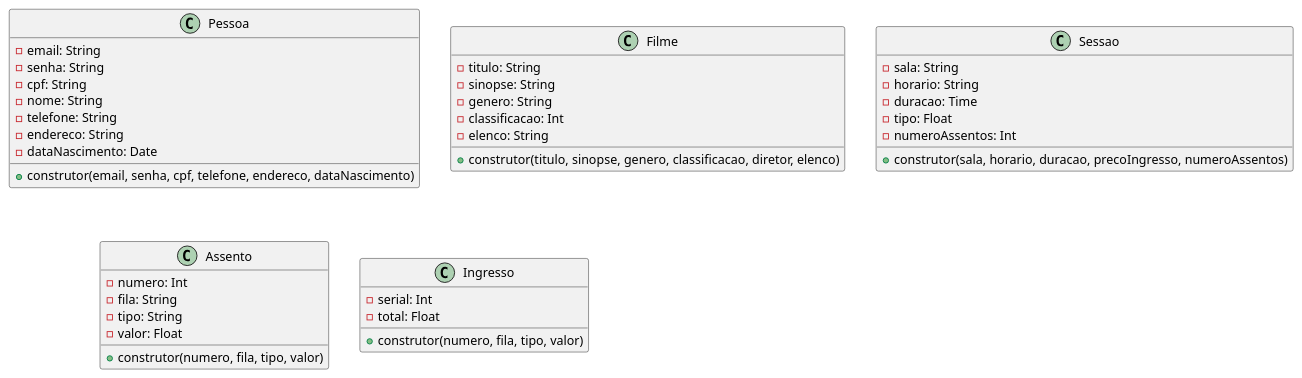
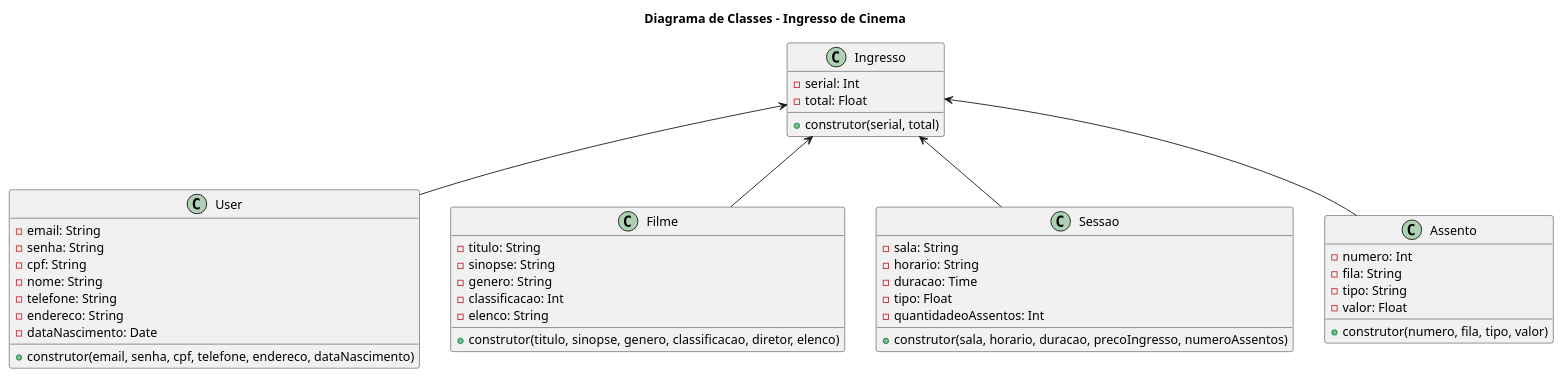
Before and after one commit to CarlosKSL/N1_POO: the diagram in diagrama_cinema.plantuml, drawn with PlantUML. The commit also changed 1 other file, not shown here.

```diff
--- a/diagrama_cinema.plantuml
+++ b/diagrama_cinema.plantuml
@@ -1,45 +1,56 @@
-@startuml cinema
+@startuml Ingresso
 
-class Pessoa{
+title Diagrama de Classes - Ingresso de Cinema
+
+
+class User{
     - email: String
     - senha: String
     - cpf: String
     - nome: String
     - telefone: String
     - endereco: String
     - dataNascimento: Date
     + construtor(email, senha, cpf, telefone, endereco, dataNascimento)
 }
+
 class Filme{
     - titulo: String
     - sinopse: String
     - genero: String
     - classificacao: Int
     - elenco: String
     + construtor(titulo, sinopse, genero, classificacao, diretor, elenco)
 }
 
 class Sessao{
     - sala: String
     - horario: String
     - duracao: Time
     - tipo: Float
-    - numeroAssentos: Int
+    - quantidadeoAssentos: Int
     + construtor(sala, horario, duracao, precoIngresso, numeroAssentos)
 }
 
 class Assento{
     - numero: Int
     - fila: String
     - tipo: String
     - valor: Float
     + construtor(numero, fila, tipo, valor)
 }
 
 class Ingresso{
     - serial: Int
     - total: Float
-    + construtor(numero, fila, tipo, valor)
+    + construtor(serial, total)
 }
 
+Ingresso <-- User
+Ingresso <-- Filme
+Ingresso <-- Sessao
+Ingresso <-- Assento
+
+
+
 @enduml
```
